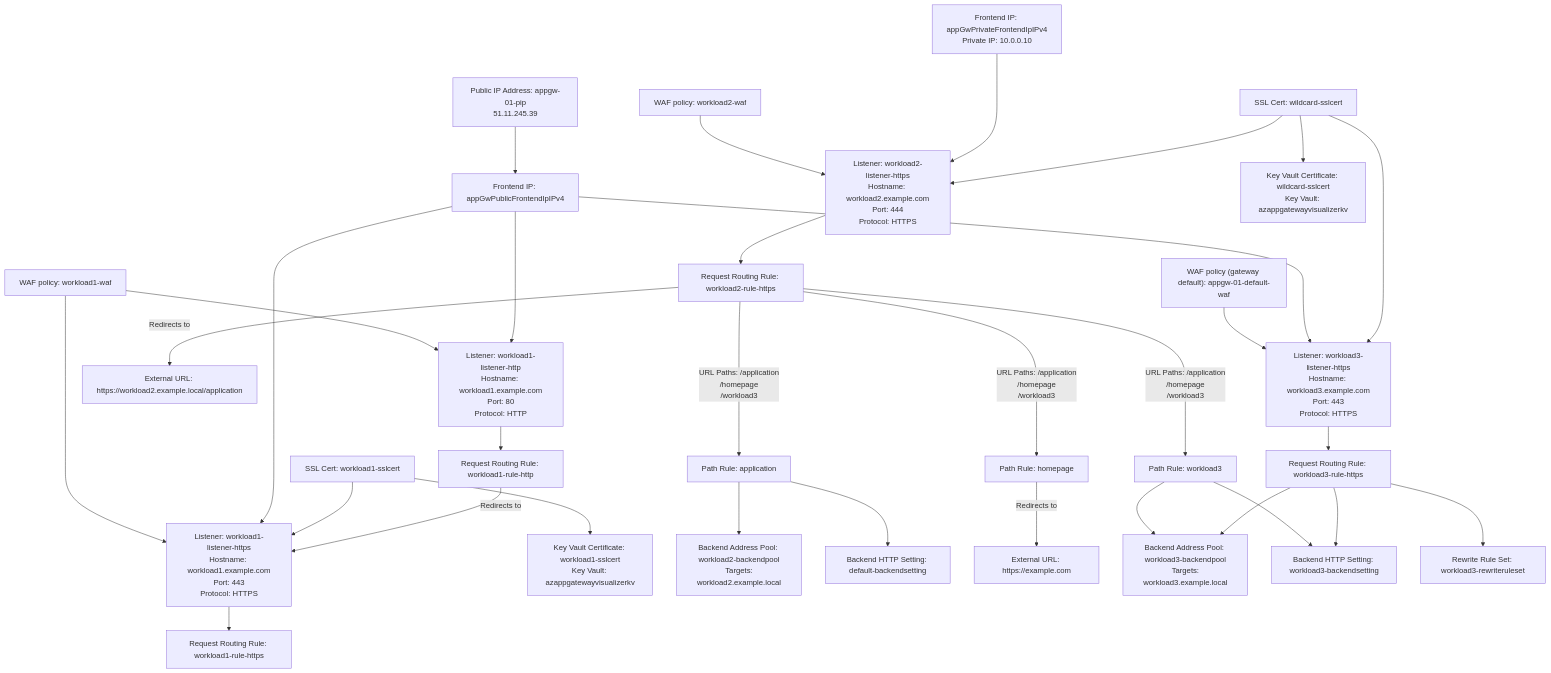
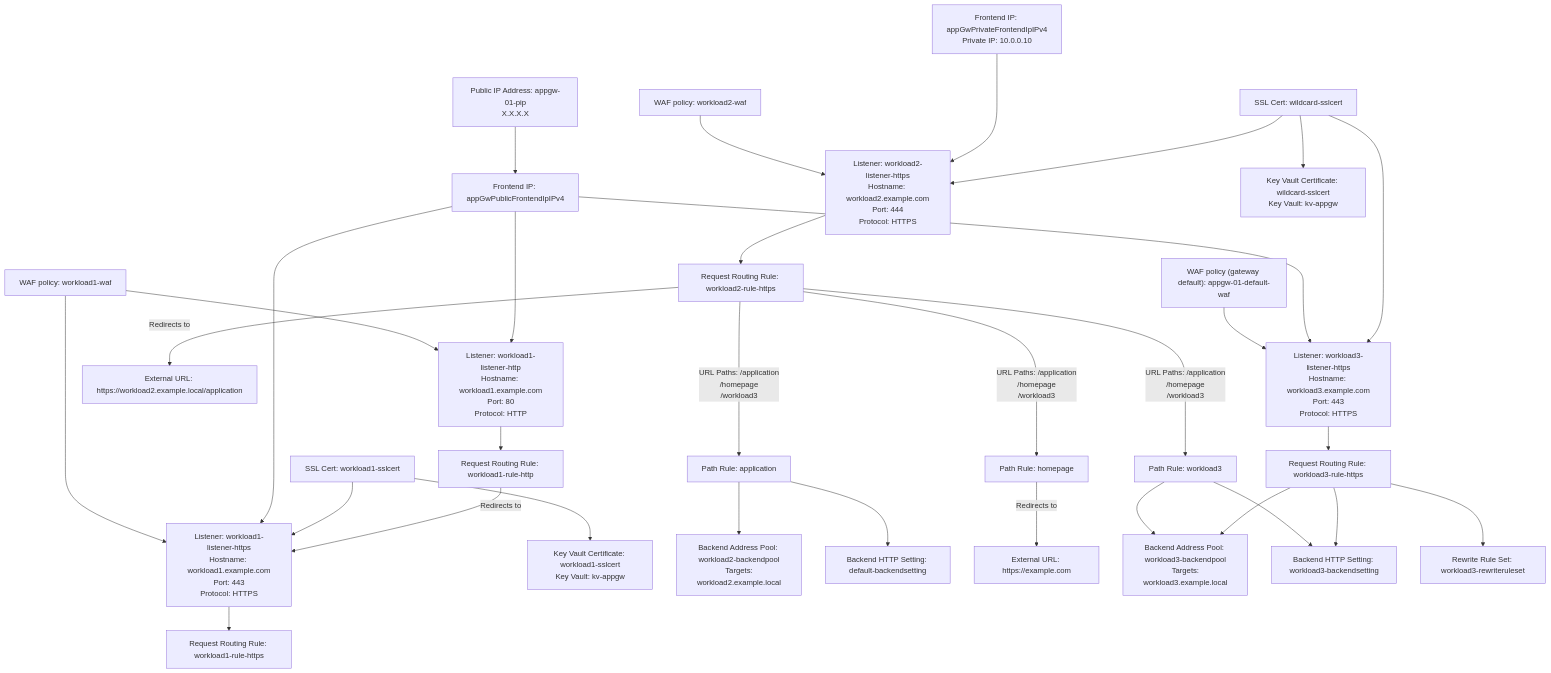
Before and after one commit to MarkFarkas/AzAppGatewayVisualizer: the third of 3 diagrams in README.md, drawn with Mermaid. The commit also changed other lines of this file, not shown here.

Commit message:
Update README.md (#16)

````diff
--- a/README.md
+++ b/README.md
@@ -70,39 +72,39 @@
 ```mermaid
 graph TB
-wafpolicy_workload1-waf[WAF policy: workload1-waf] --> listener_workload1-listener-https
-frontendipconfigurationappGwPublicFrontendIpIPv4[Frontend IP: appGwPublicFrontendIpIPv4] ---> listener_workload1-listener-https
-listener_workload1-listener-https[Listener: workload1-listener-https<br>Hostname: workload1.example.com<br>Port: 443<br>Protocol: HTTPS]
-sslcert_workload1-sslcert[SSL Cert: workload1-sslcert] --> listener_workload1-listener-https
-sslcert_workload1-sslcert --> keyvaultcert_workload1-sslcert[Key Vault Certificate: workload1-sslcert<br>Key Vault: azappgatewayvisualizerkv]
-listener_workload1-listener-https --> rule_workload1-rule-https[Request Routing Rule: workload1-rule-https]
-wafpolicy_workload1-waf[WAF policy: workload1-waf] --> listener_workload1-listener-http
-publicipaddress_appgw-01-pip[Public IP Address: appgw-01-pip<br>51.11.245.39] --> frontendipconfigurationappGwPublicFrontendIpIPv4
-frontendipconfigurationappGwPublicFrontendIpIPv4[Frontend IP: appGwPublicFrontendIpIPv4] ---> listener_workload1-listener-http
-listener_workload1-listener-http[Listener: workload1-listener-http<br>Hostname: workload1.example.com<br>Port: 80<br>Protocol: HTTP]
-listener_workload1-listener-http --> rule_workload1-rule-http[Request Routing Rule: workload1-rule-http]
-rule_workload1-rule-http -- Redirects to --> listener_workload1-listener-https
-wafpolicy_workload2-waf[WAF policy: workload2-waf] --> listener_workload2-listener-https
-frontendipconfigurationappGwPrivateFrontendIpIPv4[Frontend IP: appGwPrivateFrontendIpIPv4<br>Private IP: 10.0.0.10] ---> listener_workload2-listener-https
-listener_workload2-listener-https[Listener: workload2-listener-https<br>Hostname: workload2.example.com<br>Port: 444<br>Protocol: HTTPS]
-sslcert_wildcard-sslcert[SSL Cert: wildcard-sslcert] --> listener_workload2-listener-https
-sslcert_wildcard-sslcert --> keyvaultcert_wildcard-sslcert[Key Vault Certificate: wildcard-sslcert<br>Key Vault: azappgatewayvisualizerkv]
-listener_workload2-listener-https --> rule_workload2-rule-https[Request Routing Rule: workload2-rule-https]
-rule_workload2-rule-https -- URL Paths: /application<br>/homepage<br>/workload3 ---> urlpathmap_workload2-rule-https_application[Path Rule: application]
-urlpathmap_workload2-rule-https_application --> backendaddresspool_workload2-backendpool[Backend Address Pool: workload2-backendpool<br>Targets:<br>workload2.example.local]
-urlpathmap_workload2-rule-https_application --> backendhttpsetting_default-backendsetting[Backend HTTP Setting: default-backendsetting]
-rule_workload2-rule-https -- URL Paths: /application<br>/homepage<br>/workload3 ---> urlpathmap_workload2-rule-https_homepage[Path Rule: homepage]
-urlpathmap_workload2-rule-https_homepage -- Redirects to --> redirectconfiguration_workload2-rule-https_homepage[External URL: https://example.com]
-rule_workload2-rule-https -- URL Paths: /application<br>/homepage<br>/workload3 ---> urlpathmap_workload2-rule-https_workload3[Path Rule: workload3]
-urlpathmap_workload2-rule-https_workload3 --> backendaddresspool_workload3-backendpool[Backend Address Pool: workload3-backendpool<br>Targets:<br>workload3.example.local]
-urlpathmap_workload2-rule-https_workload3 --> backendhttpsetting_workload3-backendsetting[Backend HTTP Setting: workload3-backendsetting]
-rule_workload2-rule-https -- Redirects to --> redirectconfiguration_workload2-rule-https[External URL: https://workload2.example.local/application]
-wafpolicy_appgw-01-default-waf["WAF policy (gateway default): appgw-01-default-waf"] --> listener_workload3-listener-https
-frontendipconfigurationappGwPublicFrontendIpIPv4[Frontend IP: appGwPublicFrontendIpIPv4] ---> listener_workload3-listener-https
-listener_workload3-listener-https[Listener: workload3-listener-https<br>Hostname: workload3.example.com<br>Port: 443<br>Protocol: HTTPS]
-sslcert_wildcard-sslcert[SSL Cert: wildcard-sslcert] --> listener_workload3-listener-https
-listener_workload3-listener-https --> rule_workload3-rule-https[Request Routing Rule: workload3-rule-https]
-rule_workload3-rule-https
-rule_workload3-rule-https --> backendaddresspool_workload3-backendpool[Backend Address Pool: workload3-backendpool<br>Targets:<br>workload3.example.local]
-rule_workload3-rule-https --> backendhttpsetting_workload3-backendsetting[Backend HTTP Setting: workload3-backendsetting]
-rule_workload3-rule-https --> rewriteruleset_workload3-rewriteruleset[Rewrite Rule Set: workload3-rewriteruleset]
+  wafpolicy_workload1-waf[WAF policy: workload1-waf] --> listener_workload1-listener-https
+  frontendipconfigurationappGwPublicFrontendIpIPv4[Frontend IP: appGwPublicFrontendIpIPv4] ---> listener_workload1-listener-https
+  listener_workload1-listener-https[Listener: workload1-listener-https<br>Hostname: workload1.example.com<br>Port: 443<br>Protocol: HTTPS]
+  sslcert_workload1-sslcert[SSL Cert: workload1-sslcert] --> listener_workload1-listener-https
+  sslcert_workload1-sslcert --> keyvaultcert_workload1-sslcert[Key Vault Certificate: workload1-sslcert<br>Key Vault: kv-appgw]
+  listener_workload1-listener-https --> rule_workload1-rule-https[Request Routing Rule: workload1-rule-https]
+  wafpolicy_workload1-waf[WAF policy: workload1-waf] --> listener_workload1-listener-http
+  publicipaddress_appgw-01-pip[Public IP Address: appgw-01-pip<br>X.X.X.X] --> frontendipconfigurationappGwPublicFrontendIpIPv4
+  frontendipconfigurationappGwPublicFrontendIpIPv4[Frontend IP: appGwPublicFrontendIpIPv4] ---> listener_workload1-listener-http
+  listener_workload1-listener-http[Listener: workload1-listener-http<br>Hostname: workload1.example.com<br>Port: 80<br>Protocol: HTTP]
+  listener_workload1-listener-http --> rule_workload1-rule-http[Request Routing Rule: workload1-rule-http]
+  rule_workload1-rule-http -- Redirects to --> listener_workload1-listener-https
+  wafpolicy_workload2-waf[WAF policy: workload2-waf] --> listener_workload2-listener-https
+  frontendipconfigurationappGwPrivateFrontendIpIPv4[Frontend IP: appGwPrivateFrontendIpIPv4<br>Private IP: 10.0.0.10] ---> listener_workload2-listener-https
+  listener_workload2-listener-https[Listener: workload2-listener-https<br>Hostname: workload2.example.com<br>Port: 444<br>Protocol: HTTPS]
+  sslcert_wildcard-sslcert[SSL Cert: wildcard-sslcert] --> listener_workload2-listener-https
+  sslcert_wildcard-sslcert --> keyvaultcert_wildcard-sslcert[Key Vault Certificate: wildcard-sslcert<br>Key Vault: kv-appgw]
+  listener_workload2-listener-https --> rule_workload2-rule-https[Request Routing Rule: workload2-rule-https]
+  rule_workload2-rule-https -- URL Paths: /application<br>/homepage<br>/workload3 ---> urlpathmap_workload2-rule-https_application[Path Rule: application]
+  urlpathmap_workload2-rule-https_application --> backendaddresspool_workload2-backendpool[Backend Address Pool: workload2-backendpool<br>Targets:<br>workload2.example.local]
+  urlpathmap_workload2-rule-https_application --> backendhttpsetting_default-backendsetting[Backend HTTP Setting: default-backendsetting]
+  rule_workload2-rule-https -- URL Paths: /application<br>/homepage<br>/workload3 ---> urlpathmap_workload2-rule-https_homepage[Path Rule: homepage]
+  urlpathmap_workload2-rule-https_homepage -- Redirects to --> redirectconfiguration_workload2-rule-https_homepage[External URL: https://example.com]
+  rule_workload2-rule-https -- URL Paths: /application<br>/homepage<br>/workload3 ---> urlpathmap_workload2-rule-https_workload3[Path Rule: workload3]
+  urlpathmap_workload2-rule-https_workload3 --> backendaddresspool_workload3-backendpool[Backend Address Pool: workload3-backendpool<br>Targets:<br>workload3.example.local]
+  urlpathmap_workload2-rule-https_workload3 --> backendhttpsetting_workload3-backendsetting[Backend HTTP Setting: workload3-backendsetting]
+  rule_workload2-rule-https -- Redirects to --> redirectconfiguration_workload2-rule-https[External URL: https://workload2.example.local/application]
+  wafpolicy_appgw-01-default-waf["WAF policy (gateway default): appgw-01-default-waf"] --> listener_workload3-listener-https
+  frontendipconfigurationappGwPublicFrontendIpIPv4[Frontend IP: appGwPublicFrontendIpIPv4] ---> listener_workload3-listener-https
+  listener_workload3-listener-https[Listener: workload3-listener-https<br>Hostname: workload3.example.com<br>Port: 443<br>Protocol: HTTPS]
+  sslcert_wildcard-sslcert[SSL Cert: wildcard-sslcert] --> listener_workload3-listener-https
+  listener_workload3-listener-https --> rule_workload3-rule-https[Request Routing Rule: workload3-rule-https]
+  rule_workload3-rule-https
+  rule_workload3-rule-https --> backendaddresspool_workload3-backendpool[Backend Address Pool: workload3-backendpool<br>Targets:<br>workload3.example.local]
+  rule_workload3-rule-https --> backendhttpsetting_workload3-backendsetting[Backend HTTP Setting: workload3-backendsetting]
+  rule_workload3-rule-https --> rewriteruleset_workload3-rewriteruleset[Rewrite Rule Set: workload3-rewriteruleset]
 ```
````
